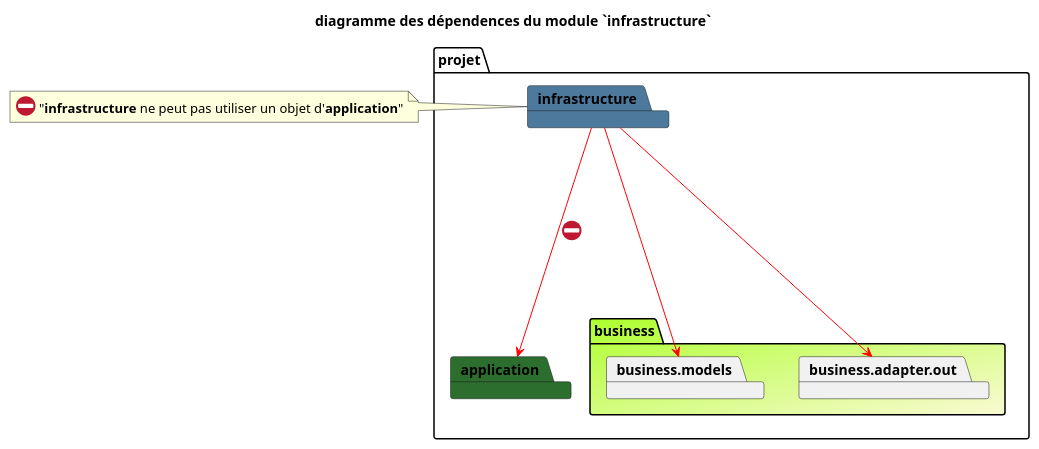
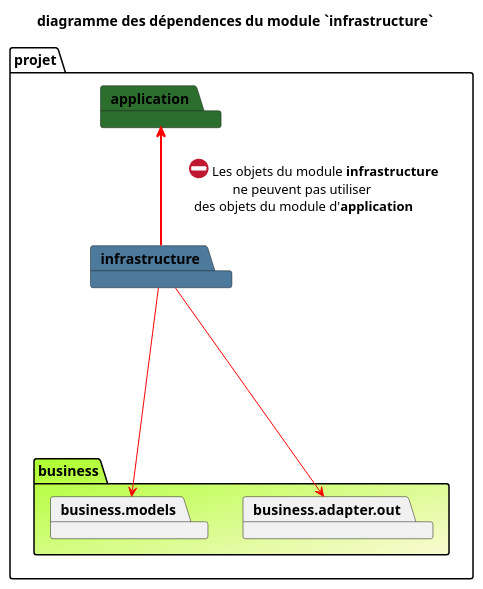
One commit to stef38-code/structureProjet changed the diagram in images/infrastructure/dia_dep_infrastructure.puml. Above: the diagram before and after it, drawn with PlantUML. The commit also changed 10 other files, not shown here.

```diff
--- a/images/infrastructure/dia_dep_infrastructure.puml
+++ b/images/infrastructure/dia_dep_infrastructure.puml
@@ -1,23 +1,22 @@
 @startuml
 title diagramme des dépendences du module `infrastructure`
 package projet{
+package infrastructure #4C799C {
+
+}
+package application #2C6E2E {
+
+}
 package business #GreenYellow/LightGoldenRodYellow {
 package business.adapter.out{
 }
 package business.models
 }
-package application #2C6E2E {
+}
 
-}
-package infrastructure #4C799C {
-
-}
-}
-note left of infrastructure
-<:26d4:> "<b>infrastructure</b> ne peut pas utiliser un objet d'<b>application</b>"
-end note
 infrastructure --[#red]--> business.adapter.out
 infrastructure --[#red]--> business.models
-infrastructure --[#red]--> application :  <:26d4:>
+
+application <=[#red]= infrastructure : \t<:26d4:> Les objets du module <b>infrastructure</b>  \nne peuvent pas utiliser \ndes objets du module d'<b>application</b>
 
 @enduml
```
